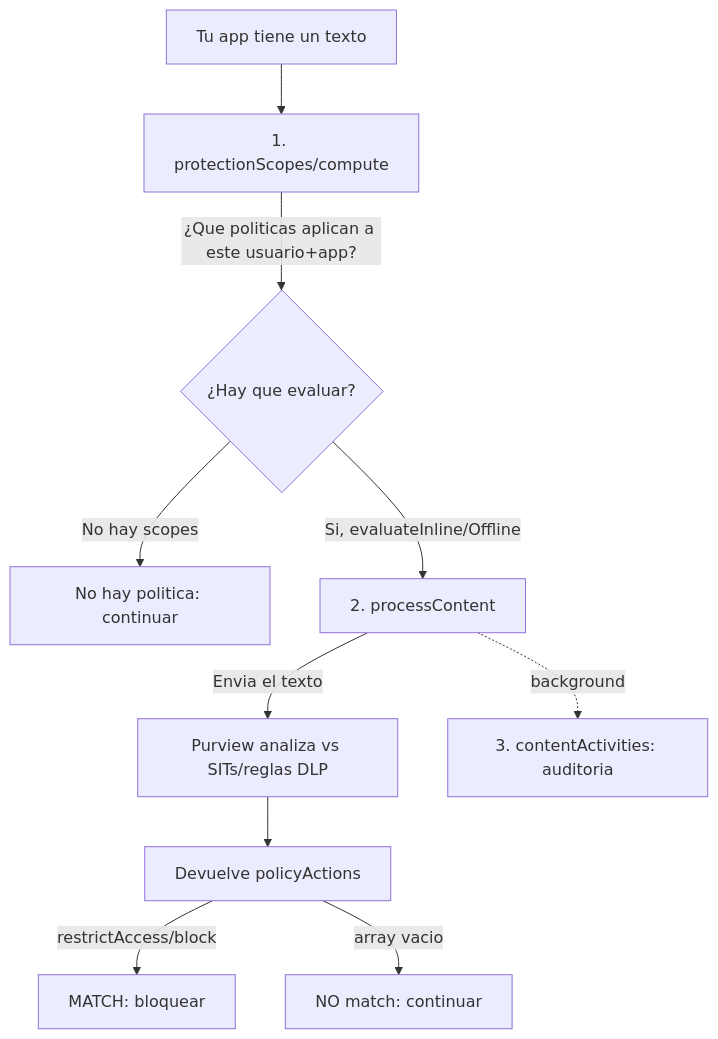
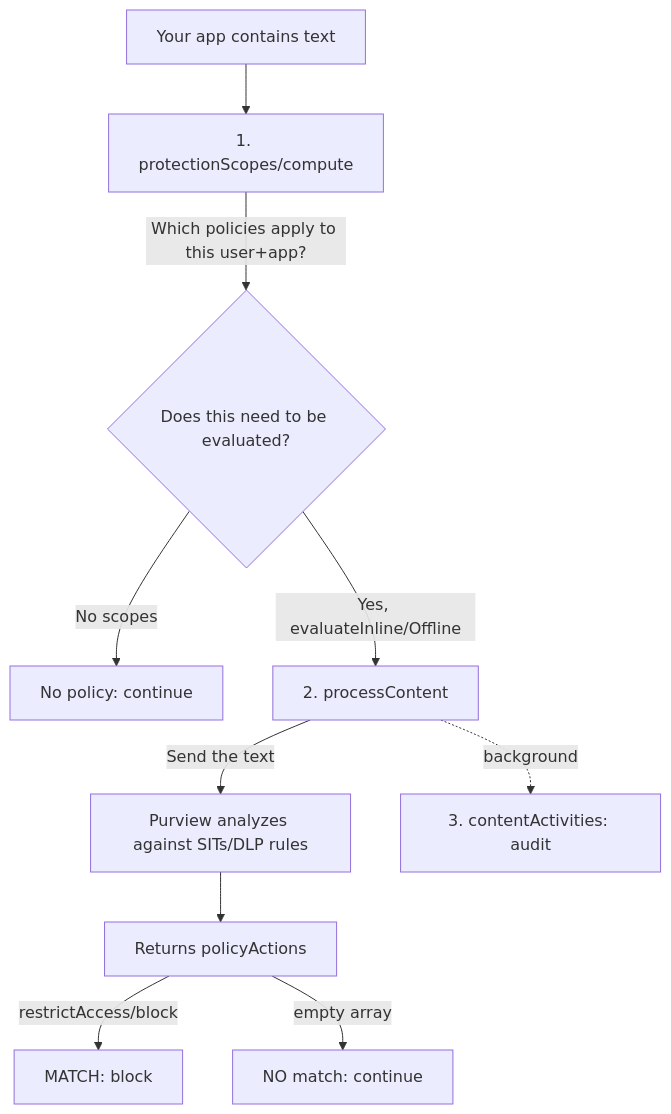
Before and after one commit to cristinag0110/purview-sdk: the diagram in README.md, drawn with Mermaid. The commit also changed other lines of this file, not shown here.

````diff
--- a/README.md
+++ b/README.md
@@ -42,12 +42,12 @@
 ```mermaid
 flowchart TD
-    A[Tu app tiene un texto] --> B[1. protectionScopes/compute]
-    B -->|¿Que politicas aplican a este usuario+app?| C{¿Hay que evaluar?}
-    C -->|No hay scopes| G[No hay politica: continuar]
-    C -->|Si, evaluateInline/Offline| D[2. processContent]
-    D -->|Envia el texto| E[Purview analiza vs SITs/reglas DLP]
-    E --> F[Devuelve policyActions]
-    F -->|restrictAccess/block| H[MATCH: bloquear]
-    F -->|array vacio| I[NO match: continuar]
-    D -.background.-> J[3. contentActivities: auditoria]
+    A[Your app contains text] --> B[1. protectionScopes/compute]
+    B -->|Which policies apply to this user+app?| C{Does this need to be evaluated?}
+    C -->|No scopes| G[No policy: continue]
+    C -->|Yes, evaluateInline/Offline| D[2. processContent]
+    D -->|Send the text| E[Purview analyzes against SITs/DLP rules]
+    E --> F[Returns policyActions]
+    F -->|restrictAccess/block| H[MATCH: block]
+    F -->|empty array| I[NO match: continue]
+    D -.background.-> J[3. contentActivities: audit]
 ```
````
